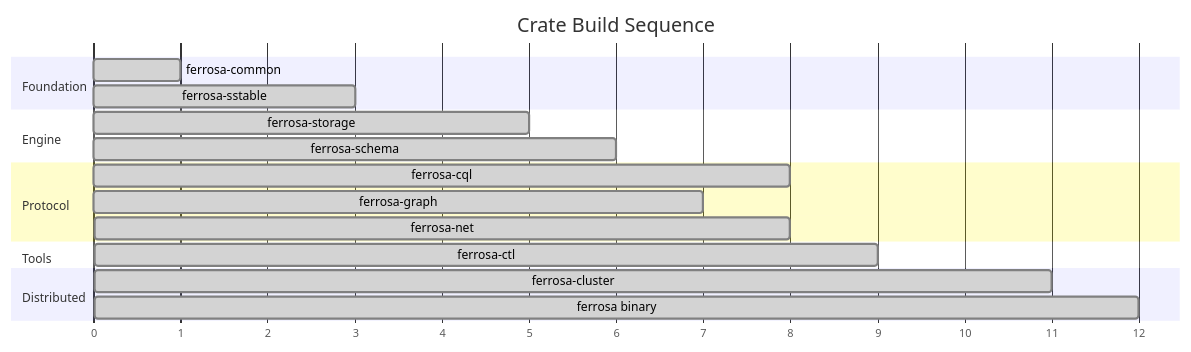
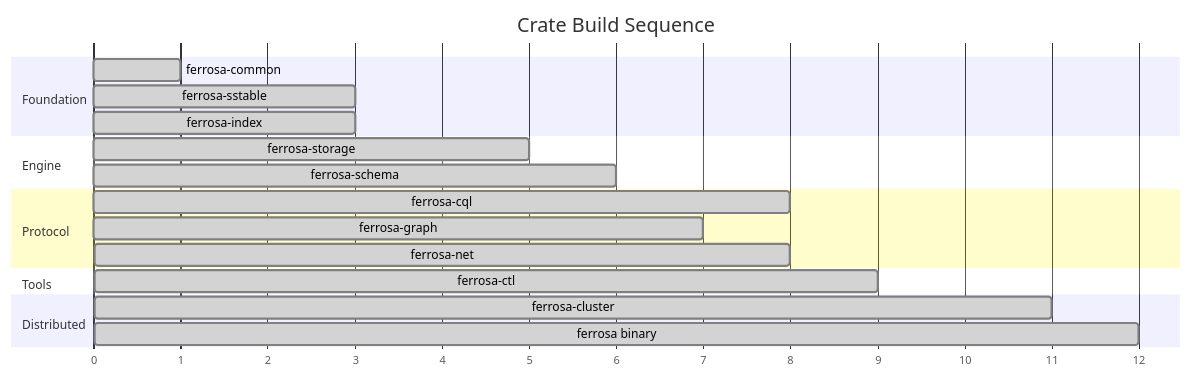
Before and after one commit to ferrosadb/ferrosa: the second of 2 diagrams in specs/components.md, drawn with Mermaid. The commit also changed other lines of this file and 5 other files, not shown here.

````diff
--- a/specs/components.md
+++ b/specs/components.md
@@ -243,26 +270,27 @@
 ```mermaid
 gantt
     title Crate Build Sequence
     dateFormat X
     axisFormat %s
 
     section Foundation
     ferrosa-common          :done, 0, 1
     ferrosa-sstable         :done, 1, 3
+    ferrosa-index           :done, 1, 3
 
     section Engine
     ferrosa-storage         :done, 3, 5
     ferrosa-schema          :done, 5, 6
 
     section Protocol
     ferrosa-cql             :done, 6, 8
     ferrosa-graph           :done, 6, 7
     ferrosa-net             :done, 7, 8
 
     section Tools
     ferrosa-ctl             :done, 8, 9
 
     section Distributed
     ferrosa-cluster         :done, 9, 11
     ferrosa binary          :done, 11, 12
 ```
````
